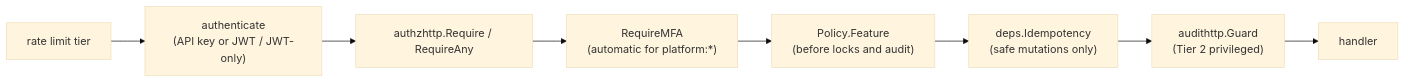
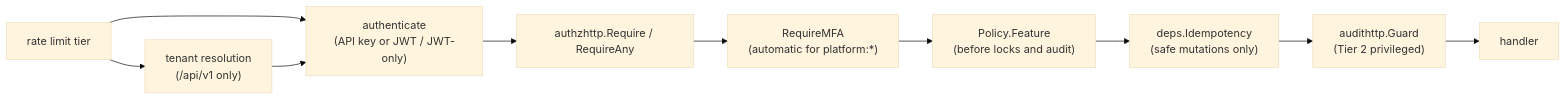
One commit to chuanghiduoc/fiber-golang-boilerplate changed the third of 6 diagrams in docs/module-template.md. Above: the diagram before and after it, drawn with Mermaid (base theme). The commit also changed other lines of this file and 353 other files, not shown here.

````diff
--- a/docs/module-template.md
+++ b/docs/module-template.md
@@ -314,10 +314,12 @@
 ```mermaid
 flowchart LR
     A["rate limit tier"] --> B["authenticate<br/>(API key or JWT / JWT-only)"]
+    A --> T["tenant resolution<br/>(/api/v1 only)"]
+    T --> B
     B --> C["authzhttp.Require / RequireAny"]
     C --> D["RequireMFA<br/>(automatic for platform:*)"]
     D --> E["Policy.Feature<br/>(before locks and audit)"]
     E --> F["deps.Idempotency<br/>(safe mutations only)"]
     F --> G["audithttp.Guard<br/>(Tier 2 privileged)"]
     G --> H[handler]
 ```
````
